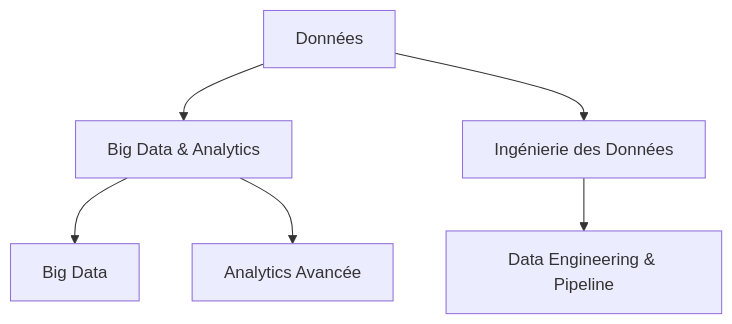
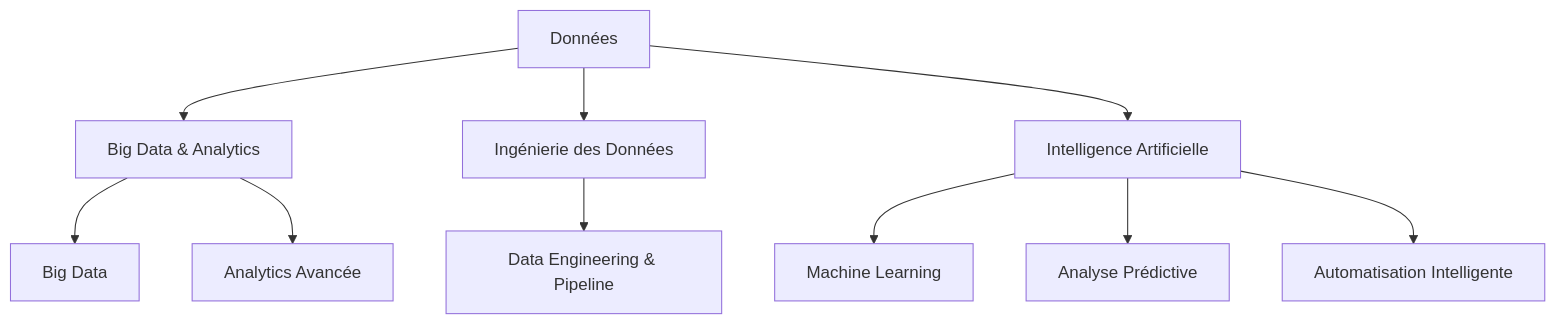
One commit to sanogotech/preparationCertificationCCNA changed the fifth of 6 diagrams in MetiersArchitectesSI/SchemaArchitectureSystemeInformation.md. Above: the diagram before and after it, drawn with Mermaid. The commit also changed other lines of this file, not shown here.

````diff
--- a/MetiersArchitectesSI/SchemaArchitectureSystemeInformation.md
+++ b/MetiersArchitectesSI/SchemaArchitectureSystemeInformation.md
@@ -179,12 +309,18 @@
 ```mermaid
 graph TD
     F[Données] --> F1[Big Data & Analytics]
     F --> F2[Ingénierie des Données]
+    F --> I[Intelligence Artificielle]
 
     %% Big Data & Analytics
     F1 --> F1a[Big Data]
     F1 --> F1b[Analytics Avancée]
 
     %% Ingénierie des Données
     F2 --> F2a[Data Engineering & Pipeline]
+
+    %% Intelligence Artificielle
+    I --> I1[Machine Learning]
+    I --> I2[Analyse Prédictive]
+    I --> I3[Automatisation Intelligente]
 ```
````
